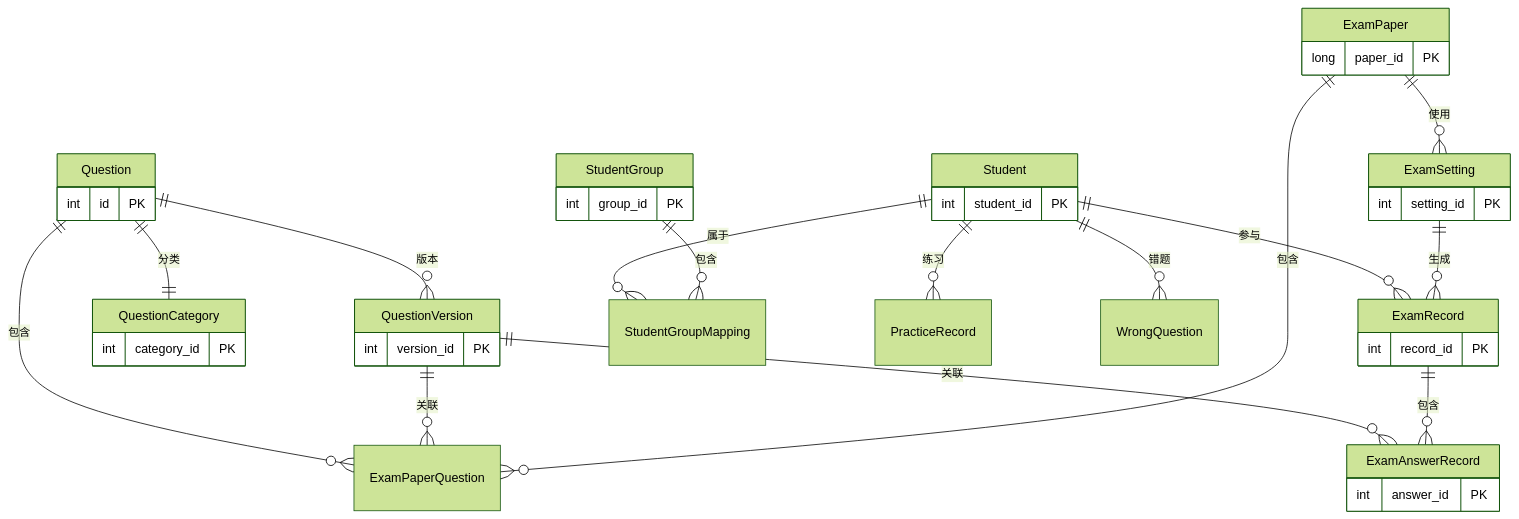
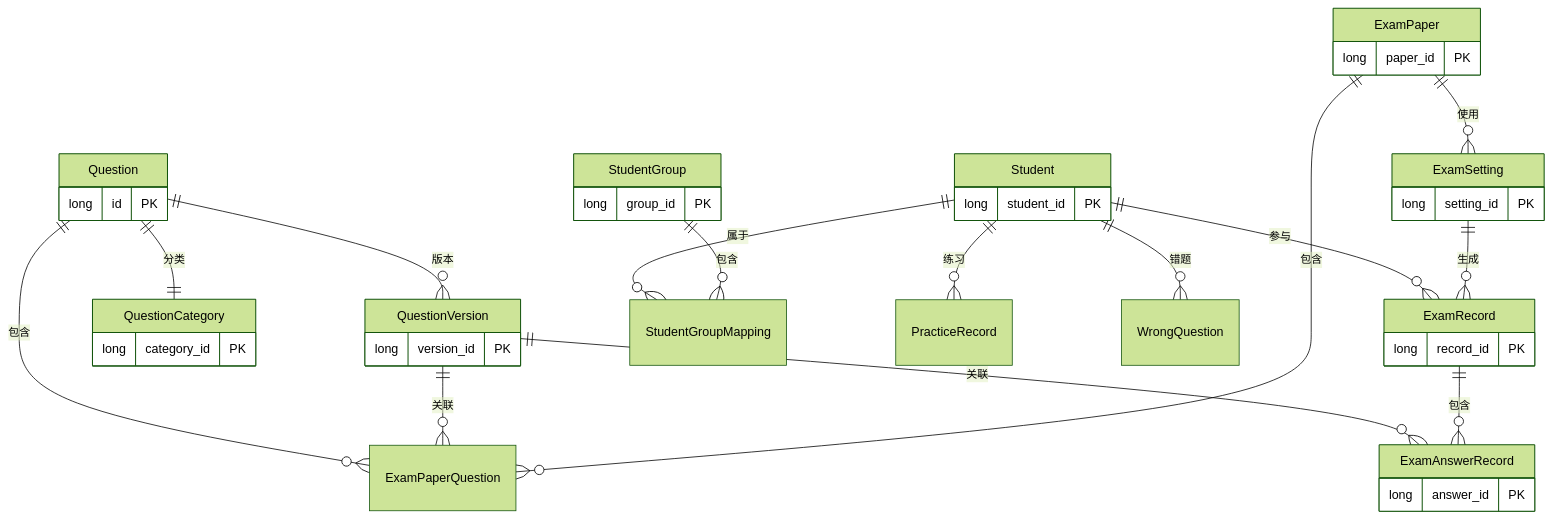
The diagram in Src/CodeSpirit.ExamApi/Data/README.md (jianyuyanyu/CodeSpirit), drawn with Mermaid (forest theme) before and after one commit. The commit also changed 19 other files, not shown here.

````diff
--- a/Src/CodeSpirit.ExamApi/Data/README.md
+++ b/Src/CodeSpirit.ExamApi/Data/README.md
@@ -5,47 +5,47 @@
 ```mermaid
 erDiagram
     %% 实体定义
     Question {
-        int id PK
+        long id PK
     }
     QuestionVersion {
-        int version_id PK
+        long version_id PK
     }
     QuestionCategory {
-        int category_id PK
+        long category_id PK
     }
     ExamPaper {
         long paper_id PK
     }
     ExamSetting {
-        int setting_id PK
+        long setting_id PK
     }
     Student {
-        int student_id PK
+        long student_id PK
     }
     StudentGroup {
-        int group_id PK
+        long group_id PK
     }
     ExamRecord {
-        int record_id PK
+        long record_id PK
     }
     ExamAnswerRecord {
-        int answer_id PK
+        long answer_id PK
     }
 
     %% 关系定义
     Question ||--o{ QuestionVersion : "版本"
     Question ||--o{ ExamPaperQuestion : "包含"
     Question ||--|| QuestionCategory : "分类"
     QuestionVersion ||--o{ ExamPaperQuestion : "关联"
     QuestionVersion ||--o{ ExamAnswerRecord : "关联"
     ExamPaper ||--o{ ExamPaperQuestion : "包含"
     ExamPaper ||--o{ ExamSetting : "使用"
     Student ||--o{ StudentGroupMapping : "属于"
     StudentGroup ||--o{ StudentGroupMapping : "包含"
     Student ||--o{ ExamRecord : "参与"
     Student ||--o{ PracticeRecord : "练习"
     Student ||--o{ WrongQuestion : "错题"
     ExamSetting ||--o{ ExamRecord : "生成"
     ExamRecord ||--o{ ExamAnswerRecord : "包含"
 ```
````
